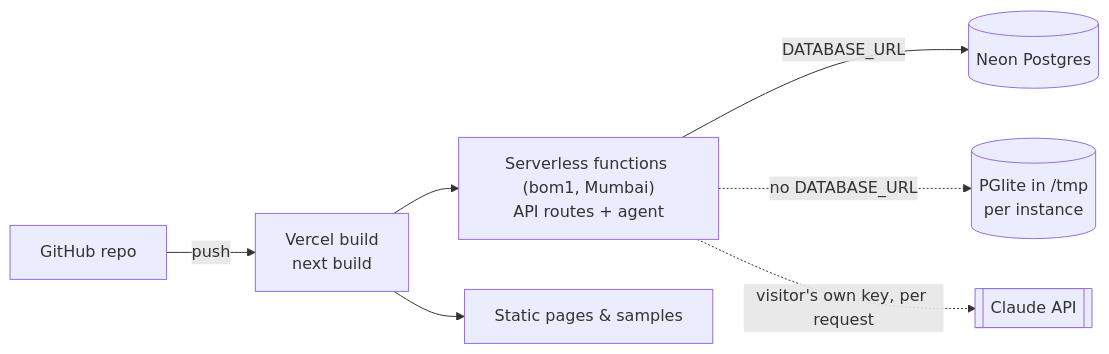
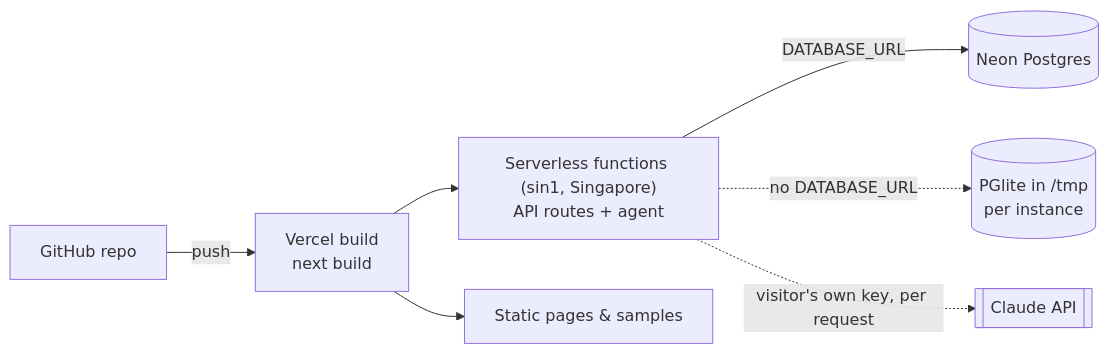
Before and after one commit to KumarAnandSingh/NAVO-Agent-that-handles-Onboarding: the eighth of 8 diagrams in docs/TECHNICAL_DESIGN.md, drawn with Mermaid. The commit also changed other lines of this file and 1 other file, not shown here.

Commit message:
Run the site's functions in Singapore, next to the database
The functions ran in Mumbai while the Neon database is in Singapore, so
every query was a cross-region round trip (about 60 ms). A chapter jump
replays the story with 550 to 2,000 small queries, so "Jump to this
moment" sat on "Skipping ahead to chapter 3" for over half a minute and
the later chapters ran past the 60-second function limit. With the
functions in the database's region each query is a short local trip.

Claude-Session: https://claude.ai/code/session_01ARUjjpTy2gWziH8CGFkkds

````diff
--- a/docs/TECHNICAL_DESIGN.md
+++ b/docs/TECHNICAL_DESIGN.md
@@ -617,9 +617,9 @@
 ```mermaid
 flowchart LR
   GH[GitHub repo] -->|push| VC[Vercel build<br/>next build]
-  VC --> FN["Serverless functions (bom1, Mumbai)<br/>API routes + agent"]
+  VC --> FN["Serverless functions (sin1, Singapore)<br/>API routes + agent"]
   VC --> CDN[Static pages & samples]
   FN -->|DATABASE_URL| NEON[(Neon Postgres)]
   FN -.->|no DATABASE_URL| TMP[(PGlite in /tmp<br/>per instance)]
   FN -.->|"visitor's own key, per request"| CL[[Claude API]]
 ```
````
